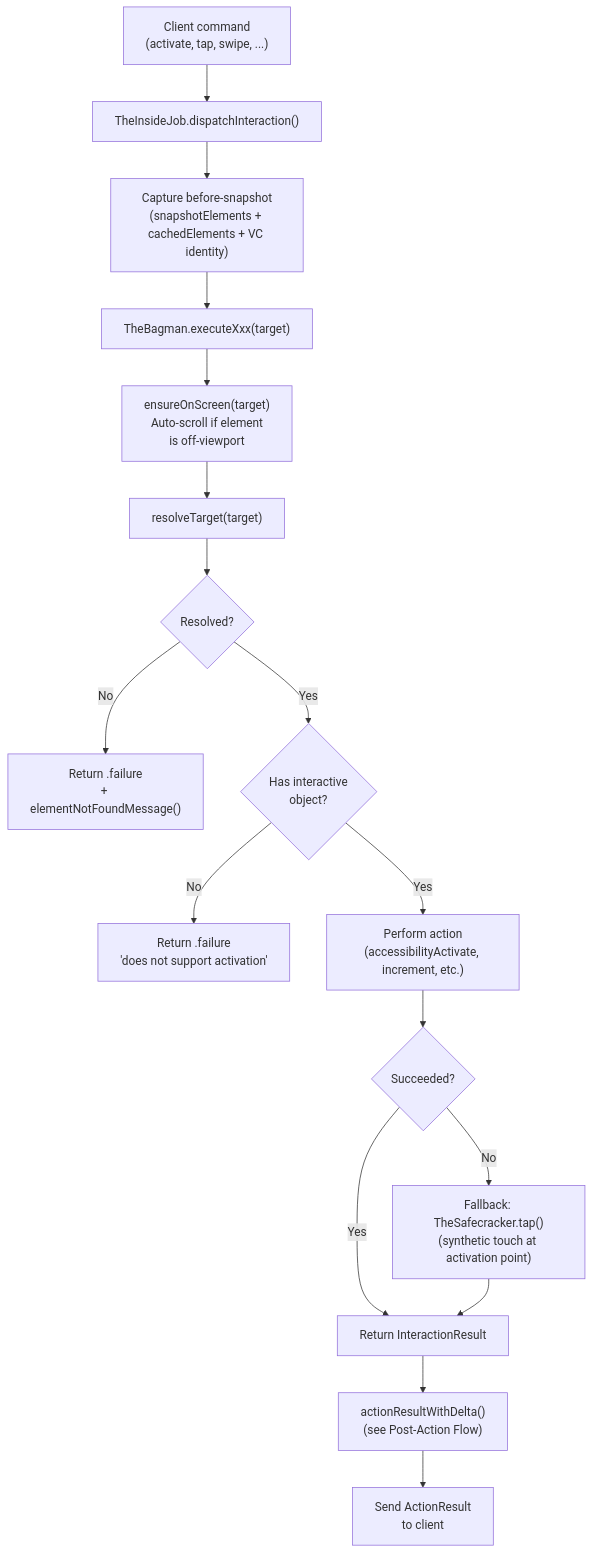
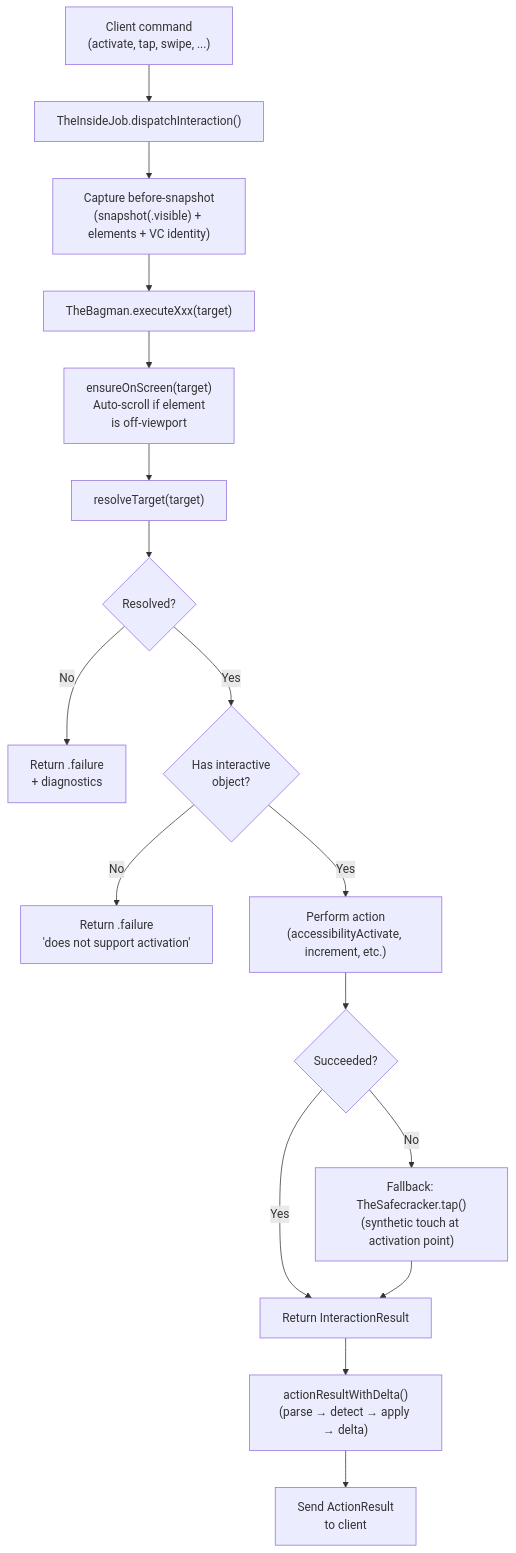
The fifth of 7 diagrams in docs/dossiers/13-THEBAGMAN.md (RoyalPineapple/TheButtonHeist), drawn with Mermaid before and after one commit. The commit also changed other lines of this file and 18 other files, not shown here.

First line of the commit message:
Fix full scan cache bug + redesign TheBagman architecture (#197)

````diff
--- a/docs/dossiers/13-THEBAGMAN.md
+++ b/docs/dossiers/13-THEBAGMAN.md
@@ -139,21 +141,21 @@
 ```mermaid
 flowchart TD
     CMD["Client command<br/>(activate, tap, swipe, ...)"] --> DISP["TheInsideJob.dispatchInteraction()"]
-    DISP --> SNAP["Capture before-snapshot<br/>(snapshotElements + cachedElements + VC identity)"]
+    DISP --> SNAP["Capture before-snapshot<br/>(snapshot(.visible) + elements + VC identity)"]
     SNAP --> EXEC["TheBagman.executeXxx(target)"]
 
     EXEC --> ENS["ensureOnScreen(target)<br/>Auto-scroll if element<br/>is off-viewport"]
     ENS --> RES["resolveTarget(target)"]
     RES --> CHK{Resolved?}
-    CHK -->|No| ERR["Return .failure<br/>+ elementNotFoundMessage()"]
+    CHK -->|No| ERR["Return .failure<br/>+ diagnostics"]
     CHK -->|Yes| INT{Has interactive<br/>object?}
     INT -->|No| ERR2["Return .failure<br/>'does not support activation'"]
     INT -->|Yes| ACT["Perform action<br/>(accessibilityActivate, increment, etc.)"]
     ACT --> OK{Succeeded?}
     OK -->|Yes| RET["Return InteractionResult"]
     OK -->|No| FALL["Fallback: TheSafecracker.tap()<br/>(synthetic touch at activation point)"]
     FALL --> RET
 
-    RET --> DELTA["actionResultWithDelta()<br/>(see Post-Action Flow)"]
+    RET --> DELTA["actionResultWithDelta()<br/>(parse → detect → apply → delta)"]
     DELTA --> SEND["Send ActionResult<br/>to client"]
 ```
````
